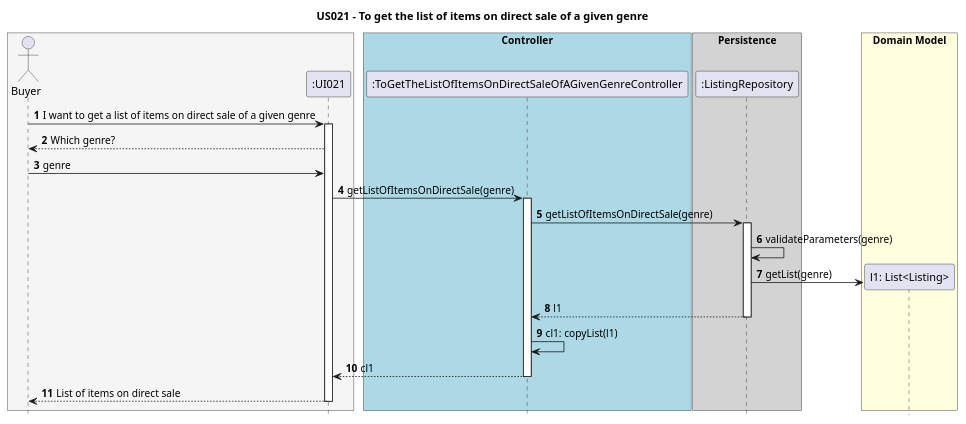
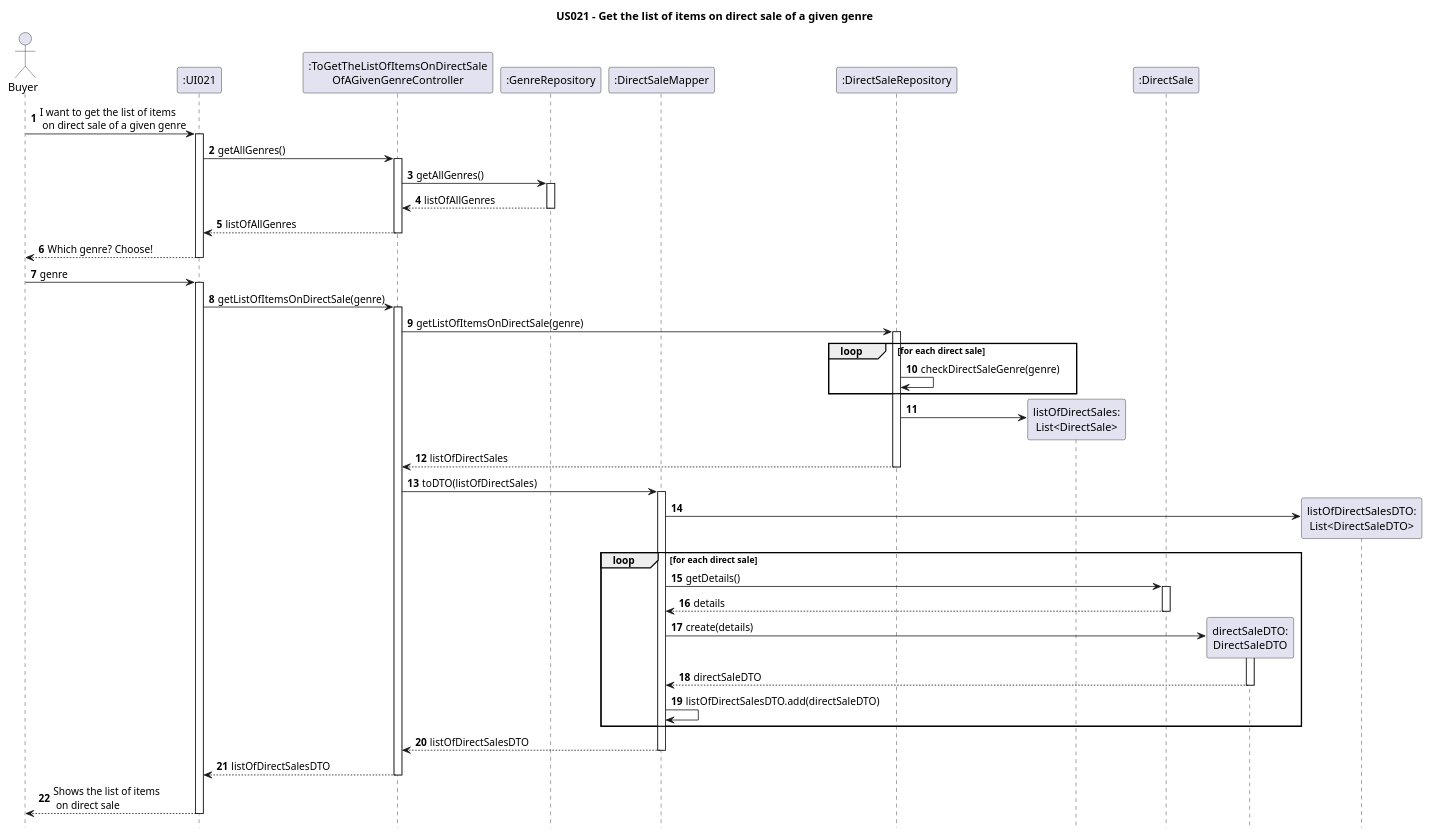
The diagram in Diagrams/SequenceDiagrams/N2/US021-to-get-the-list-of-items-on-direct-sale-of-a-given-genre.puml (AndrePereiraGitH/SWitCH-Project-Team_A), drawn with PlantUML before and after one commit. The commit also changed 5 other files, not shown here.

```diff
--- a/Diagrams/SequenceDiagrams/N2/US021-to-get-the-list-of-items-on-direct-sale-of-a-given-genre.puml
+++ b/Diagrams/SequenceDiagrams/N2/US021-to-get-the-list-of-items-on-direct-sale-of-a-given-genre.puml
@@ -1,49 +1,82 @@
 @startuml
+autonumber
+hide footbox
+title US021 - Get the list of items on direct sale of a given genre
 
-hide footbox
-autonumber
-title US021 - To get the list of items on direct sale of a given genre
+actor Buyer
 
-box #WhiteSmoke
-actor Buyer
-participant ":UI021" as UI021
-end box
+' Participants
+participant ":UI021" as UI
+participant ":ToGetTheListOfItemsOnDirectSale\nOfAGivenGenreController" as Ctrl
+participant ":GenreRepository" as GenreRepo
+participant ":DirectSaleMapper" as Mapper
+participant ":DirectSaleRepository" as DirectSaleRepo
+participant "listOfDirectSales:\nList<DirectSale>" as ListDS
+participant ":DirectSale" as DirectSaleDomain
+participant "directSaleDTO:\nDirectSaleDTO" as DTO
+participant "listOfDirectSalesDTO:\nList<DirectSaleDTO>" as ListDTO
 
-Buyer -> UI021 : I want to get a list of items on direct sale of a given genre
-activate UI021
-UI021 --> Buyer : Which genre?
-Buyer -> UI021 : genre
 
-box "Controller" #LightBlue
-participant ":ToGetTheListOfItemsOnDirectSaleOfAGivenGenreController" as ToGetTheListOfItemsOnDirectSaleOfAGivenGenreController
-end box
+' Interactions
+Buyer -> UI : I want to get the list of items\n on direct sale of a given genre
+activate UI
 
-UI021 -> ToGetTheListOfItemsOnDirectSaleOfAGivenGenreController: getListOfItemsOnDirectSale(genre)
-activate ToGetTheListOfItemsOnDirectSaleOfAGivenGenreController
+UI -> Ctrl : getAllGenres()
+activate Ctrl
 
-box "Persistence" #LightGrey
-participant ":ListingRepository" as ListingRepository
-end box
+Ctrl -> GenreRepo : getAllGenres()
+activate GenreRepo
+GenreRepo --> Ctrl : listOfAllGenres
+deactivate GenreRepo
 
-ToGetTheListOfItemsOnDirectSaleOfAGivenGenreController-> ListingRepository : getListOfItemsOnDirectSale(genre)
-activate ListingRepository
+Ctrl --> UI : listOfAllGenres
+deactivate Ctrl
 
-ListingRepository -> ListingRepository : validateParameters(genre)
+UI --> Buyer : Which genre? Choose!
+deactivate UI
 
-box "Domain Model" #LightYellow
-create "l1: List<Listing>" as Listing
-ListingRepository -> Listing : getList(genre)
-end box
+Buyer -> UI : genre
+activate UI
 
-ListingRepository --> ToGetTheListOfItemsOnDirectSaleOfAGivenGenreController: l1
-deactivate ListingRepository
+UI -> Ctrl : getListOfItemsOnDirectSale(genre)
+activate Ctrl
 
-ToGetTheListOfItemsOnDirectSaleOfAGivenGenreController-> ToGetTheListOfItemsOnDirectSaleOfAGivenGenreController: cl1: copyList(l1)
+Ctrl -> DirectSaleRepo : getListOfItemsOnDirectSale(genre)
+activate DirectSaleRepo
 
-ToGetTheListOfItemsOnDirectSaleOfAGivenGenreController--> UI021 : cl1
-deactivate ToGetTheListOfItemsOnDirectSaleOfAGivenGenreController
+loop for each direct sale
+    DirectSaleRepo -> DirectSaleRepo : checkDirectSaleGenre(genre)
+end
 
-UI021 --> Buyer : List of items on direct sale
-deactivate UI021
+DirectSaleRepo -> ListDS ** :
+DirectSaleRepo --> Ctrl : listOfDirectSales
+deactivate DirectSaleRepo
+
+Ctrl -> Mapper : toDTO(listOfDirectSales)
+activate Mapper
+Mapper -> ListDTO ** :
+
+    loop for each direct sale
+        Mapper -> DirectSaleDomain : getDetails()
+        activate DirectSaleDomain
+        DirectSaleDomain --> Mapper : details
+        deactivate DirectSaleDomain
+
+        Mapper -> DTO ** : create(details)
+        activate DTO
+        DTO --> Mapper : directSaleDTO
+        deactivate DTO
+
+        Mapper -> Mapper : listOfDirectSalesDTO.add(directSaleDTO)
+    end
+
+Mapper --> Ctrl : listOfDirectSalesDTO
+deactivate Mapper
+
+Ctrl --> UI : listOfDirectSalesDTO
+deactivate Ctrl
+
+UI --> Buyer : Shows the list of items\n on direct sale
+deactivate UI
 
 @enduml
```
